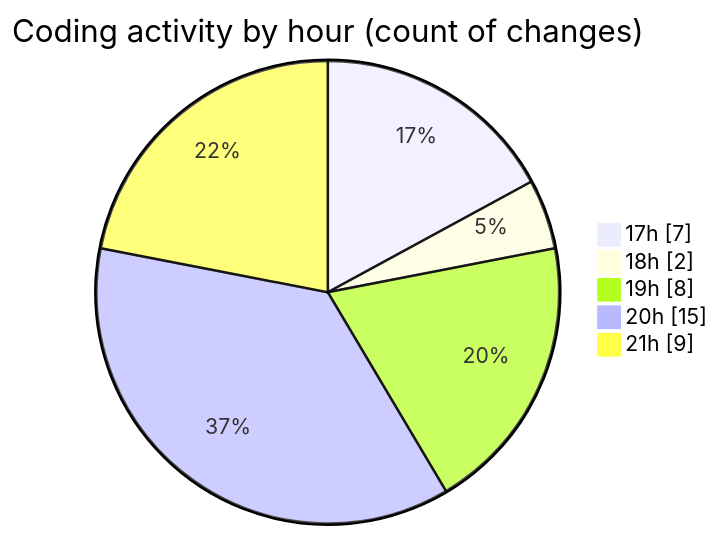
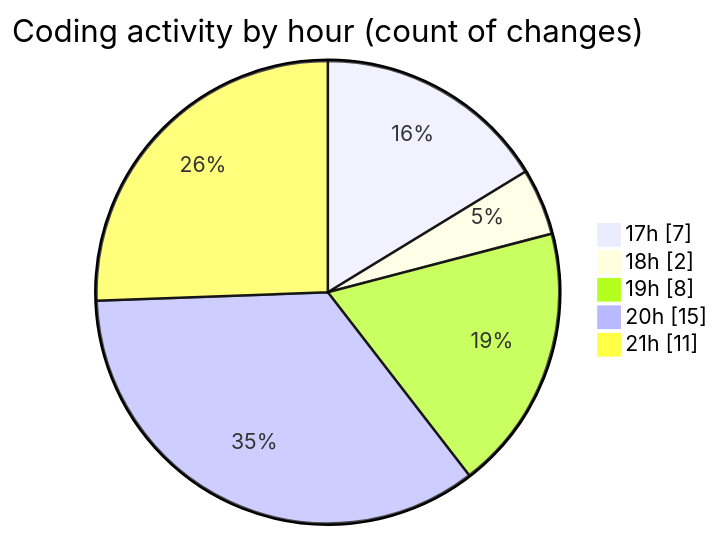
Before and after one commit to MatusMokan/code-tracking: the second of 2 diagrams in 2025-01-12/myws__workspace_/README.md, drawn with Mermaid. The commit also changed other lines of this file and 1 other file, not shown here.

````diff
--- a/2025-01-12/myws__workspace_/README.md
+++ b/2025-01-12/myws__workspace_/README.md
@@ -30,9 +30,9 @@
 ```mermaid
 pie showData
 title Coding activity by hour (count of changes)
 "17h" : 7
 "18h" : 2
 "19h" : 8
 "20h" : 15
-"21h" : 9
+"21h" : 11
 ```
````
